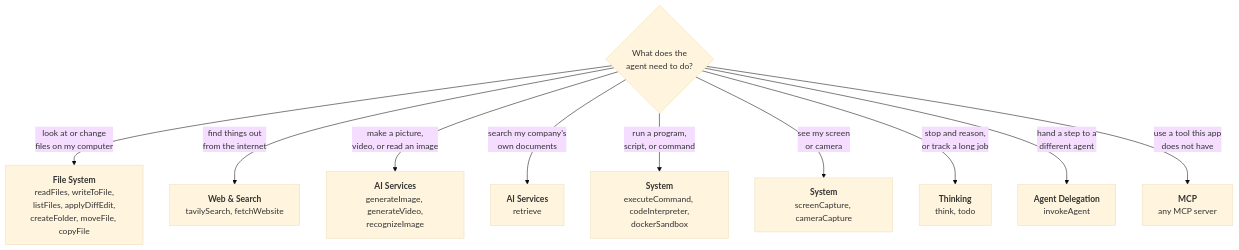
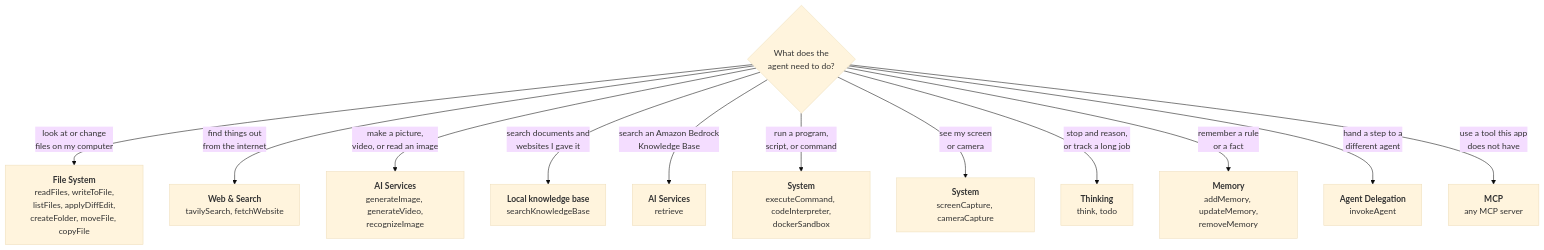
One commit to ibehren1/bedrock-engineer-rust changed the third of 6 diagrams in docs/USER_GUIDE.md. Above: the diagram before and after it, drawn with Mermaid (base theme). The commit also changed other lines of this file and 116 other files, not shown here.

````diff
--- a/docs/USER_GUIDE.md
+++ b/docs/USER_GUIDE.md
@@ -1019,13 +1326,15 @@
 ```mermaid
 flowchart TD
   Q{"What does the<br/>agent need to do?"}
   Q -->|"look at or change<br/>files on my computer"| FS["<b>File System</b><br/>readFiles, writeToFile,<br/>listFiles, applyDiffEdit,<br/>createFolder, moveFile, copyFile"]
   Q -->|"find things out<br/>from the internet"| W["<b>Web &amp; Search</b><br/>tavilySearch, fetchWebsite"]
   Q -->|"make a picture,<br/>video, or read an image"| AI["<b>AI Services</b><br/>generateImage, generateVideo,<br/>recognizeImage"]
-  Q -->|"search my company's<br/>own documents"| KB["<b>AI Services</b><br/>retrieve"]
+  Q -->|"search documents and<br/>websites I gave it"| LKB["<b>Local knowledge base</b><br/>searchKnowledgeBase"]
+  Q -->|"search an Amazon Bedrock<br/>Knowledge Base"| KB["<b>AI Services</b><br/>retrieve"]
   Q -->|"run a program,<br/>script, or command"| SYS["<b>System</b><br/>executeCommand, codeInterpreter,<br/>dockerSandbox"]
   Q -->|"see my screen<br/>or camera"| CAP["<b>System</b><br/>screenCapture, cameraCapture"]
   Q -->|"stop and reason,<br/>or track a long job"| TH["<b>Thinking</b><br/>think, todo"]
+  Q -->|"remember a rule<br/>or a fact"| MEM["<b>Memory</b><br/>addMemory, updateMemory,<br/>removeMemory"]
   Q -->|"hand a step to a<br/>different agent"| DEL["<b>Agent Delegation</b><br/>invokeAgent"]
   Q -->|"use a tool this app<br/>does not have"| MCP["<b>MCP</b><br/>any MCP server"]
 ```
````
